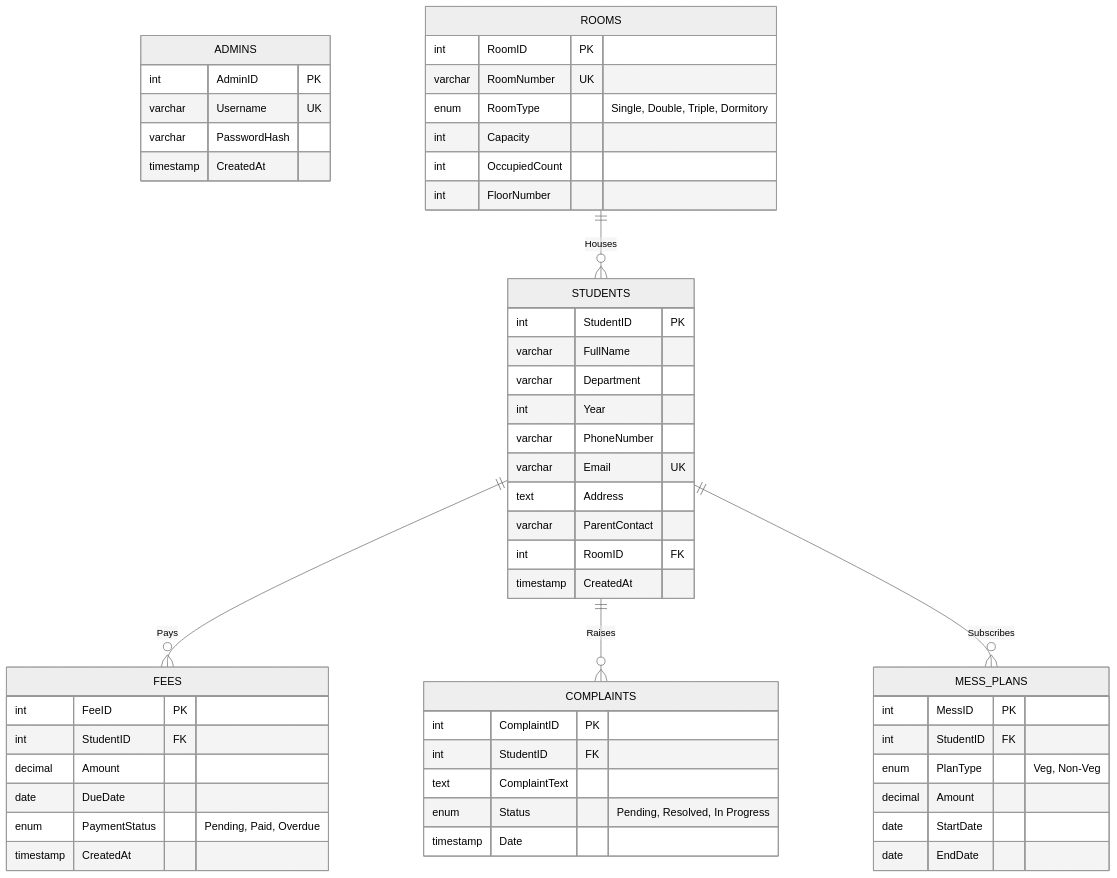
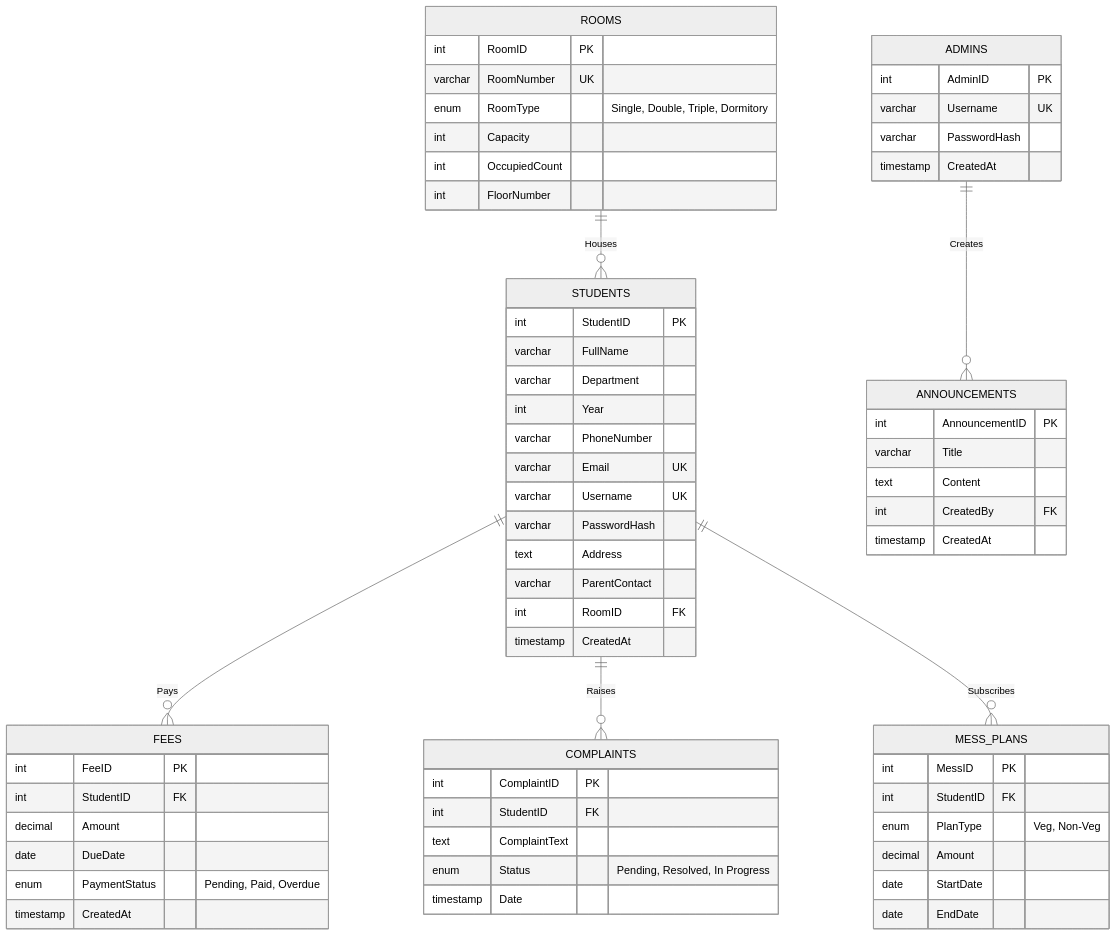
The second of 2 diagrams in README.md (arunkumarmeda27/Hostel-Management-System), drawn with Mermaid (neutral theme) before and after one commit. The commit also changed other lines of this file and 37 other files, not shown here.

Commit message:
Fix login reactive authentication and update database ER diagrams in README

````diff
--- a/README.md
+++ b/README.md
@@ -49,62 +59,73 @@
 ```mermaid
 erDiagram
     ADMINS {
         int AdminID PK
         varchar Username UK
         varchar PasswordHash
         timestamp CreatedAt
     }
     
     ROOMS {
         int RoomID PK
         varchar RoomNumber UK
         enum RoomType "Single, Double, Triple, Dormitory"
         int Capacity
         int OccupiedCount
         int FloorNumber
     }
     
     STUDENTS {
         int StudentID PK
         varchar FullName
         varchar Department
         int Year
         varchar PhoneNumber
         varchar Email UK
+        varchar Username UK
+        varchar PasswordHash
         text Address
         varchar ParentContact
         int RoomID FK
         timestamp CreatedAt
     }
     
     FEES {
         int FeeID PK
         int StudentID FK
         decimal Amount
         date DueDate
         enum PaymentStatus "Pending, Paid, Overdue"
         timestamp CreatedAt
     }
     
     COMPLAINTS {
         int ComplaintID PK
         int StudentID FK
         text ComplaintText
         enum Status "Pending, Resolved, In Progress"
         timestamp Date
     }
     
     MESS_PLANS {
         int MessID PK
         int StudentID FK
         enum PlanType "Veg, Non-Veg"
         decimal Amount
         date StartDate
         date EndDate
     }
+    
+    ANNOUNCEMENTS {
+        int AnnouncementID PK
+        varchar Title
+        text Content
+        int CreatedBy FK
+        timestamp CreatedAt
+    }
 
     ROOMS ||--o{ STUDENTS : "Houses"
     STUDENTS ||--o{ FEES : "Pays"
     STUDENTS ||--o{ COMPLAINTS : "Raises"
     STUDENTS ||--o{ MESS_PLANS : "Subscribes"
+    ADMINS ||--o{ ANNOUNCEMENTS : "Creates"
 ```
````
